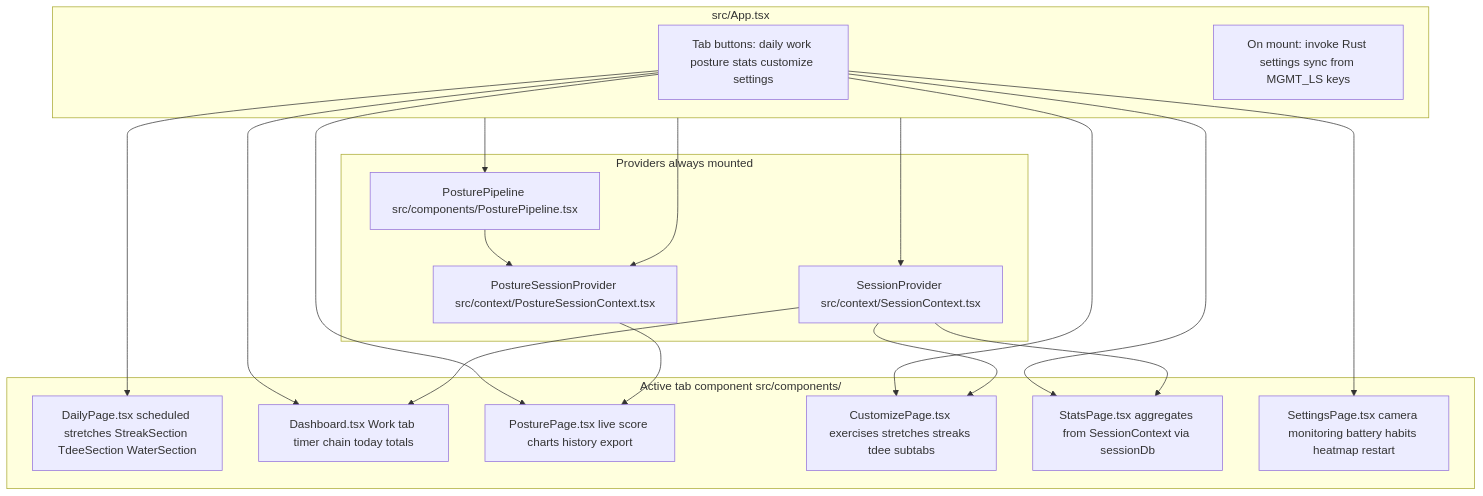
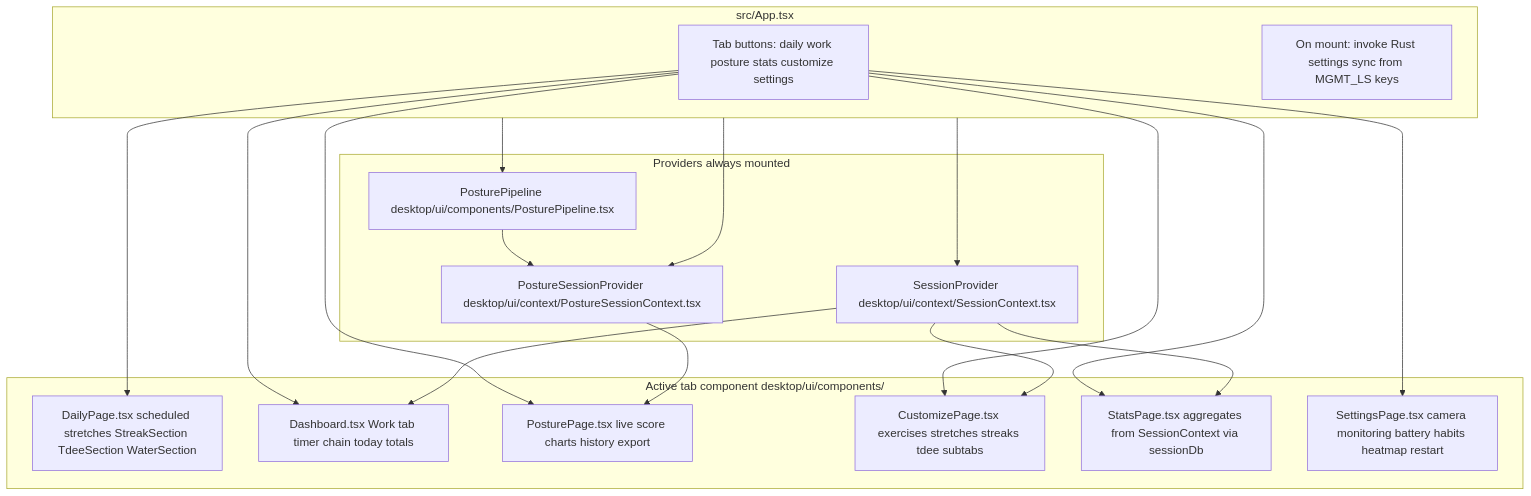
The first of 3 diagrams in docs/ARCHITECTURE.md (jdserenity/management), drawn with Mermaid before and after one commit. The commit also changed other lines of this file and 2 other files, not shown here.

First line of the commit message:
Document the new literal folder layout in architecture and deploy notes.

````diff
--- a/docs/ARCHITECTURE.md
+++ b/docs/ARCHITECTURE.md
@@ -78,34 +77,34 @@
 ```mermaid
 flowchart TB
   subgraph app["src/App.tsx"]
     nav["Tab buttons: daily work posture stats customize settings"]
     boot["On mount: invoke Rust settings sync from MGMT_LS keys"]
   end
   subgraph providers["Providers always mounted"]
-    SP["SessionProvider src/context/SessionContext.tsx"]
-    PSP["PostureSessionProvider src/context/PostureSessionContext.tsx"]
-    PL["PosturePipeline src/components/PosturePipeline.tsx"]
+    SP["SessionProvider desktop/ui/context/SessionContext.tsx"]
+    PSP["PostureSessionProvider desktop/ui/context/PostureSessionContext.tsx"]
+    PL["PosturePipeline desktop/ui/components/PosturePipeline.tsx"]
   end
-  subgraph tabs["Active tab component src/components/"]
+  subgraph tabs["Active tab component desktop/ui/components/"]
     Daily["DailyPage.tsx scheduled stretches StreakSection TdeeSection WaterSection"]
     D["Dashboard.tsx Work tab timer chain today totals"]
     PPg["PosturePage.tsx live score charts history export"]
     CW["CustomizePage.tsx exercises stretches streaks tdee subtabs"]
     ST["StatsPage.tsx aggregates from SessionContext via sessionDb"]
     SE["SettingsPage.tsx camera monitoring battery habits heatmap restart"]
   end
   nav --> Daily
   nav --> D
   nav --> PPg
   nav --> CW
   nav --> ST
   nav --> SE
   app --> SP
   app --> PSP
   app --> PL
   SP --> D
   SP --> CW
   SP --> ST
   PSP --> PPg
   PL --> PSP
 ```
````
